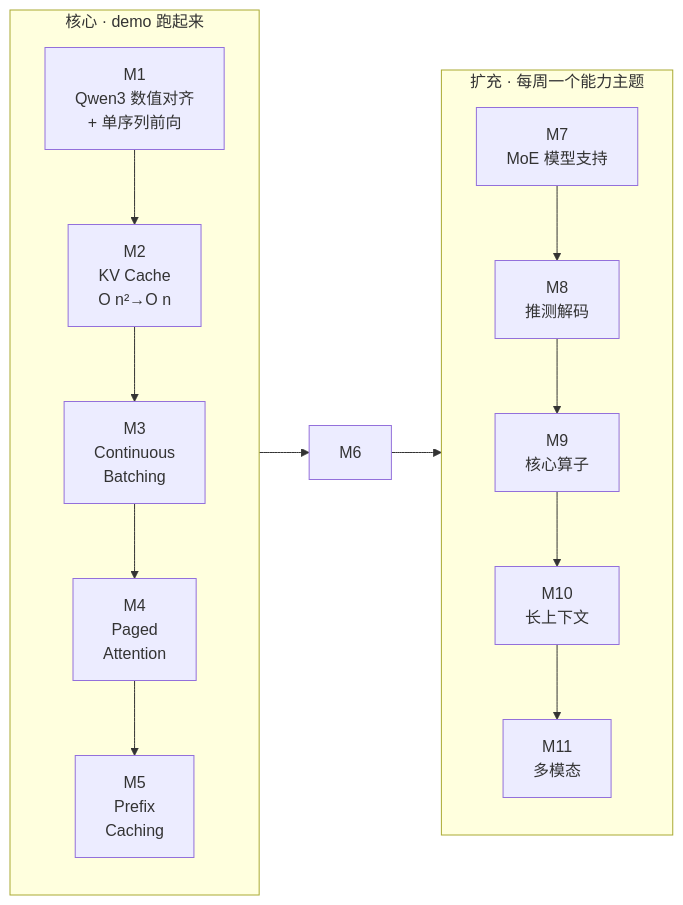
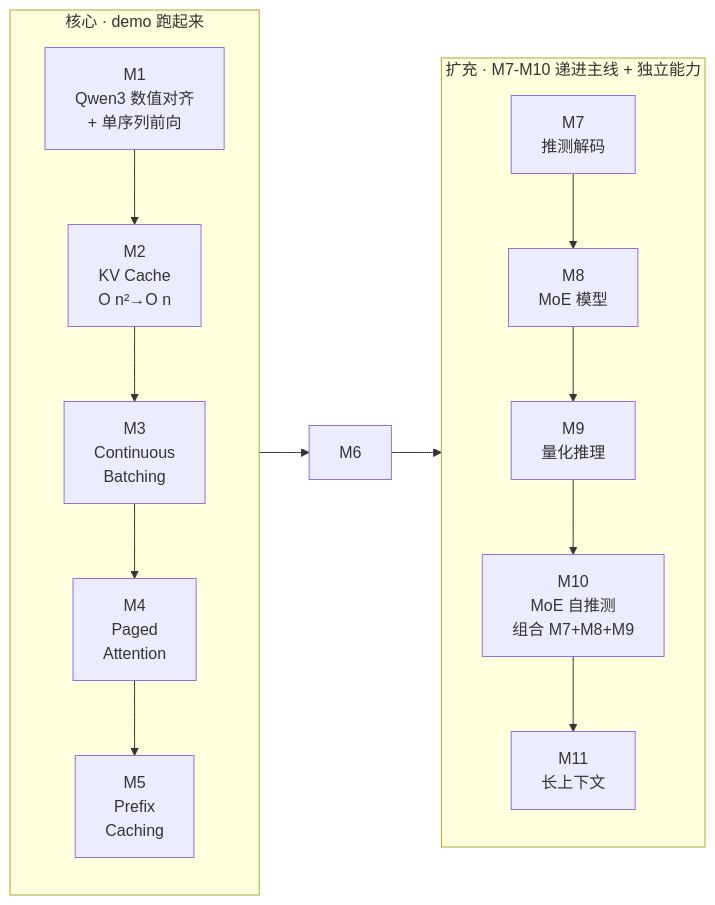
One commit to luhao-lab/inferlite changed the diagram in README.md. Above: the diagram before and after it, drawn with Mermaid. The commit also changed other lines of this file and 8 other files, not shown here.

````diff
--- a/README.md
+++ b/README.md
@@ -46,26 +46,22 @@
 ```mermaid
 flowchart LR
     subgraph CORE [核心 · demo 跑起来]
         direction TB
         M1[M1<br/>Qwen3 数值对齐<br/>+ 单序列前向]
         M2[M2<br/>KV Cache<br/>O n²→O n ]
         M3[M3<br/>Continuous<br/>Batching]
         M4[M4<br/>Paged<br/>Attention]
         M5[M5<br/>Prefix<br/>Caching]
         M1 --> M2 --> M3 --> M4 --> M5
     end
-    subgraph EXT [扩充 · 每周一个能力主题]
+    subgraph EXT [扩充 · M7-M10 递进主线 + 独立能力]
         direction TB
-        M7[M7<br/>MoE 模型支持]
-        M8[M8<br/>推测解码]
-        M9[M9<br/>核心算子]
-        M10[M10<br/>长上下文]
-        M11[M11<br/>多模态]
+        M7[M7<br/>推测解码]
+        M8[M8<br/>MoE 模型]
+        M9[M9<br/>量化推理]
+        M10[M10<br/>MoE 自推测<br/>组合 M7+M8+M9]
+        M11[M11<br/>长上下文]
     end
     M5 --> M6
-    M6 --> M7
-    M7 --> M8
-    M8 --> M9
-    M9 --> M10
-    M10 --> M11
+    M6 --> M7 --> M8 --> M9 --> M10 --> M11
 ```
````
